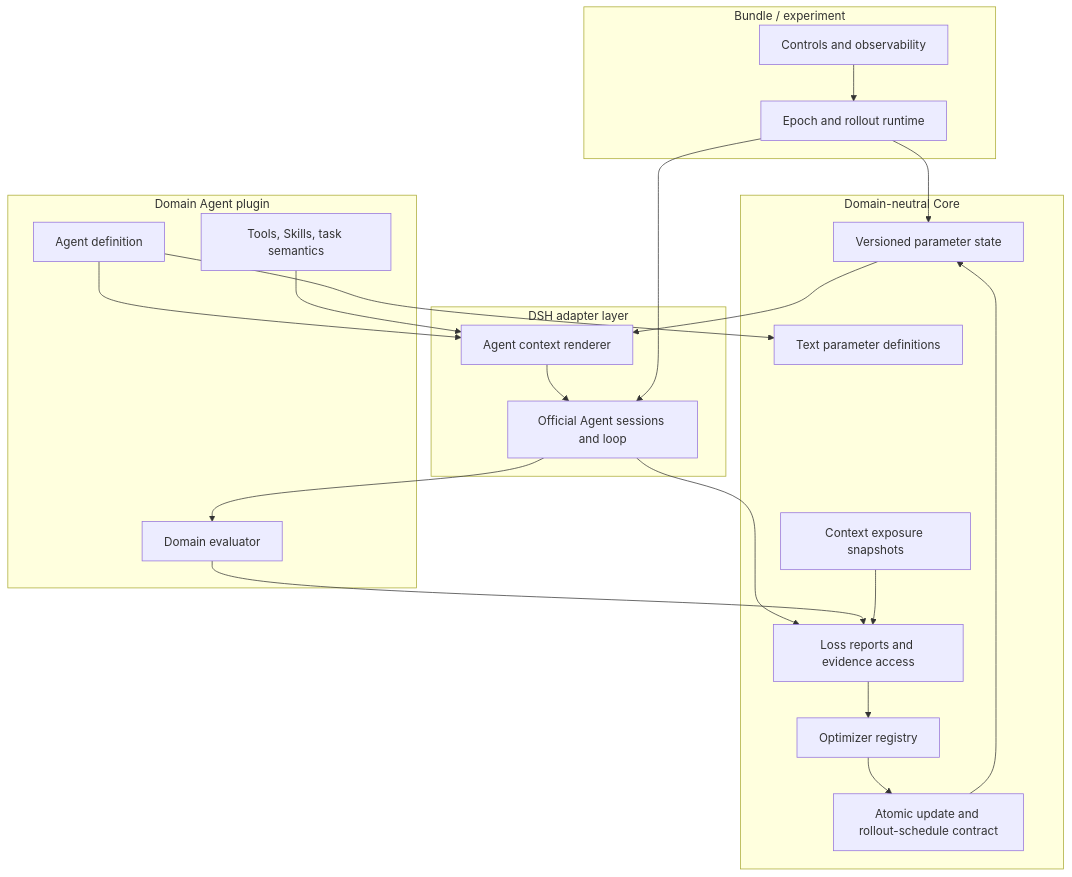
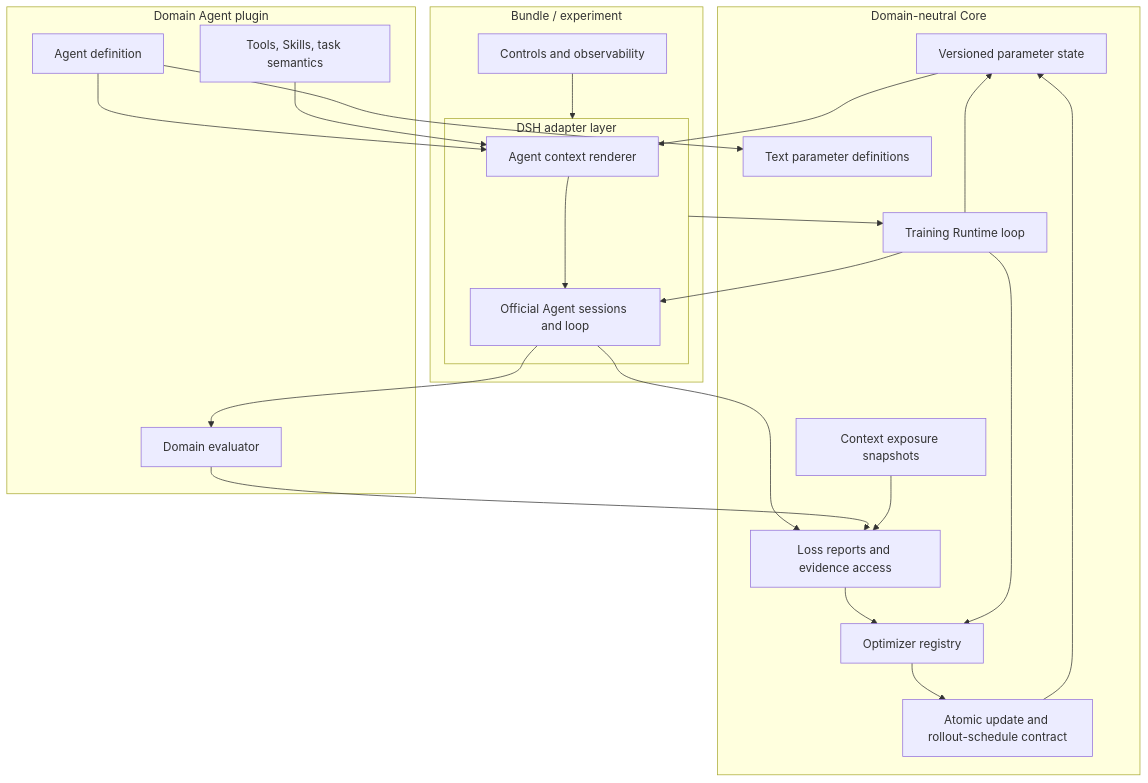
The first of 3 diagrams in docs/en/architecture/token-optimization-core.md (BruceLoveLee000/tokens-as-parameters), drawn with Mermaid before and after one commit. The commit also changed other lines of this file and 31 other files, not shown here.

Commit message:
refactor: separate core training runtime from formal loss

````diff
--- a/docs/en/architecture/token-optimization-core.md
+++ b/docs/en/architecture/token-optimization-core.md
@@ -11,43 +11,46 @@
 ```mermaid
 flowchart TB
   subgraph Core[Domain-neutral Core]
     Registry[Text parameter definitions]
     State[Versioned parameter state]
     Exposure[Context exposure snapshots]
     Feedback[Loss reports and evidence access]
     Contract[Atomic update and rollout-schedule contract]
     Optimizers[Optimizer registry]
+    Loop[Training Runtime loop]
   end
 
   subgraph Adapter[DSH adapter layer]
     Renderer[Agent context renderer]
     Sessions[Official Agent sessions and loop]
   end
 
   subgraph Domain[Domain Agent plugin]
     Definition[Agent definition]
     Semantics[Tools, Skills, task semantics]
     Evaluator[Domain evaluator]
   end
 
   subgraph Product[Bundle / experiment]
-    Runtime[Epoch and rollout runtime]
+    Adapter[Domain runtime adapter]
     Controls[Controls and observability]
   end
 
   Definition --> Registry
   Definition --> Renderer
   Semantics --> Renderer
   State --> Renderer
   Renderer --> Sessions
   Sessions --> Evaluator
   Sessions --> Feedback
   Evaluator --> Feedback
   Exposure --> Feedback
   Feedback --> Optimizers
   Optimizers --> Contract
   Contract --> State
-  Runtime --> Sessions
-  Runtime --> State
-  Controls --> Runtime
+  Adapter --> Loop
+  Loop --> Sessions
+  Loop --> State
+  Loop --> Optimizers
+  Controls --> Adapter
 ```
````
